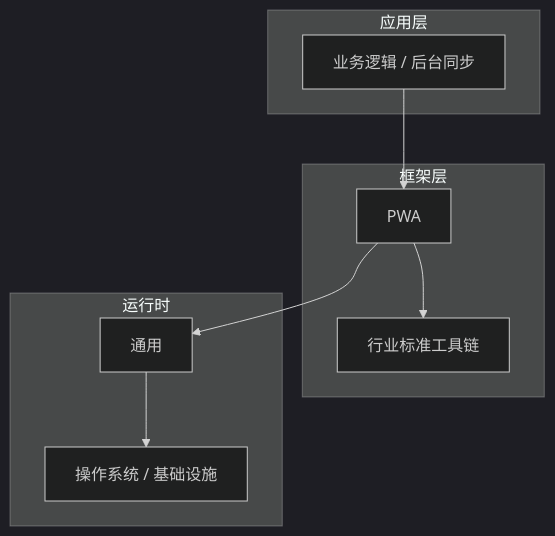
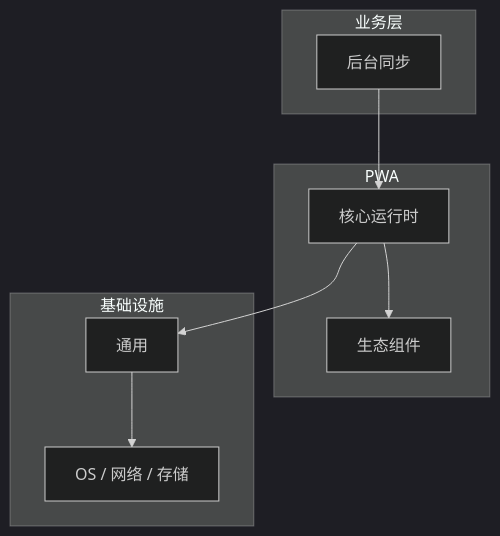
The diagram in articles/PWA/chapters/031-后台同步核心概念与原理.md (yanggan2015/knowledge-json-v2), drawn with Mermaid (dark theme) before and after one commit. The commit also changed other lines of this file and 10127 other files, not shown here.

````diff
--- a/articles/PWA/chapters/031-后台同步核心概念与原理.md
+++ b/articles/PWA/chapters/031-后台同步核心概念与原理.md
@@ -45,18 +34,18 @@
 ```mermaid
 graph TB
-    subgraph 应用层
-        A[业务逻辑 / 后台同步]
+    subgraph 业务层
+        A[后台同步]
     end
-    subgraph 框架层
-        B[PWA]
-        C[行业标准工具链]
+    subgraph PWA
+        B[核心运行时]
+        C[生态组件]
     end
-    subgraph 运行时
+    subgraph 基础设施
         D[通用]
-        E[操作系统 / 基础设施]
+        E[OS / 网络 / 存储]
     end
     A --> B
     B --> C
     B --> D
     D --> E
 ```
````
